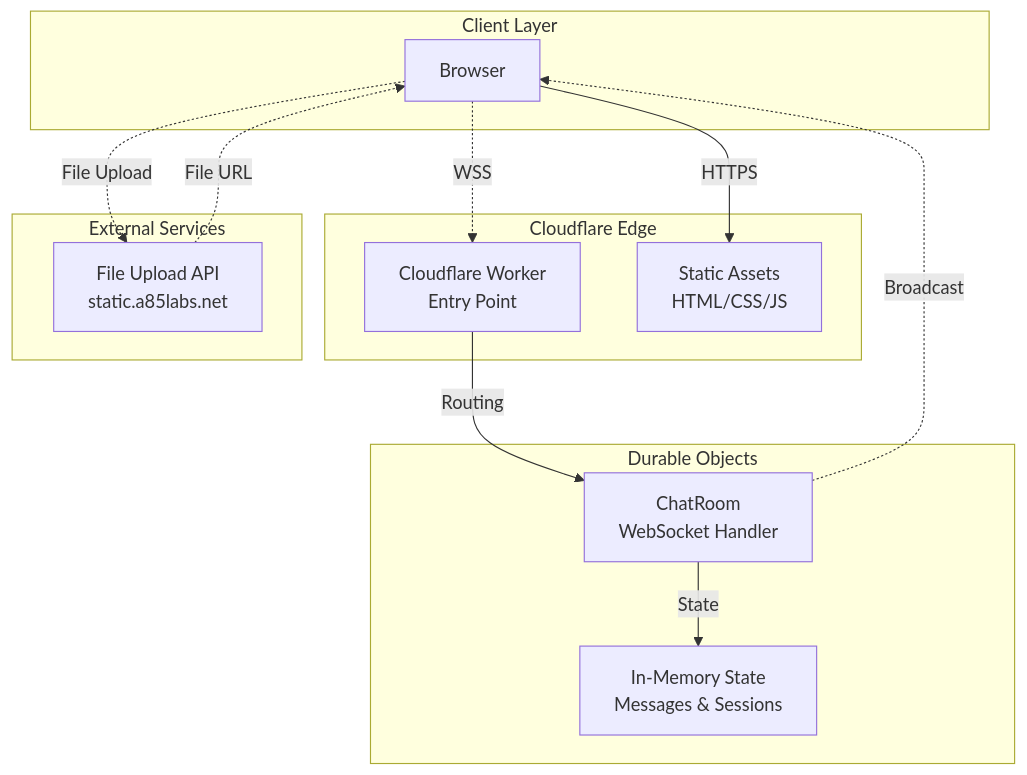
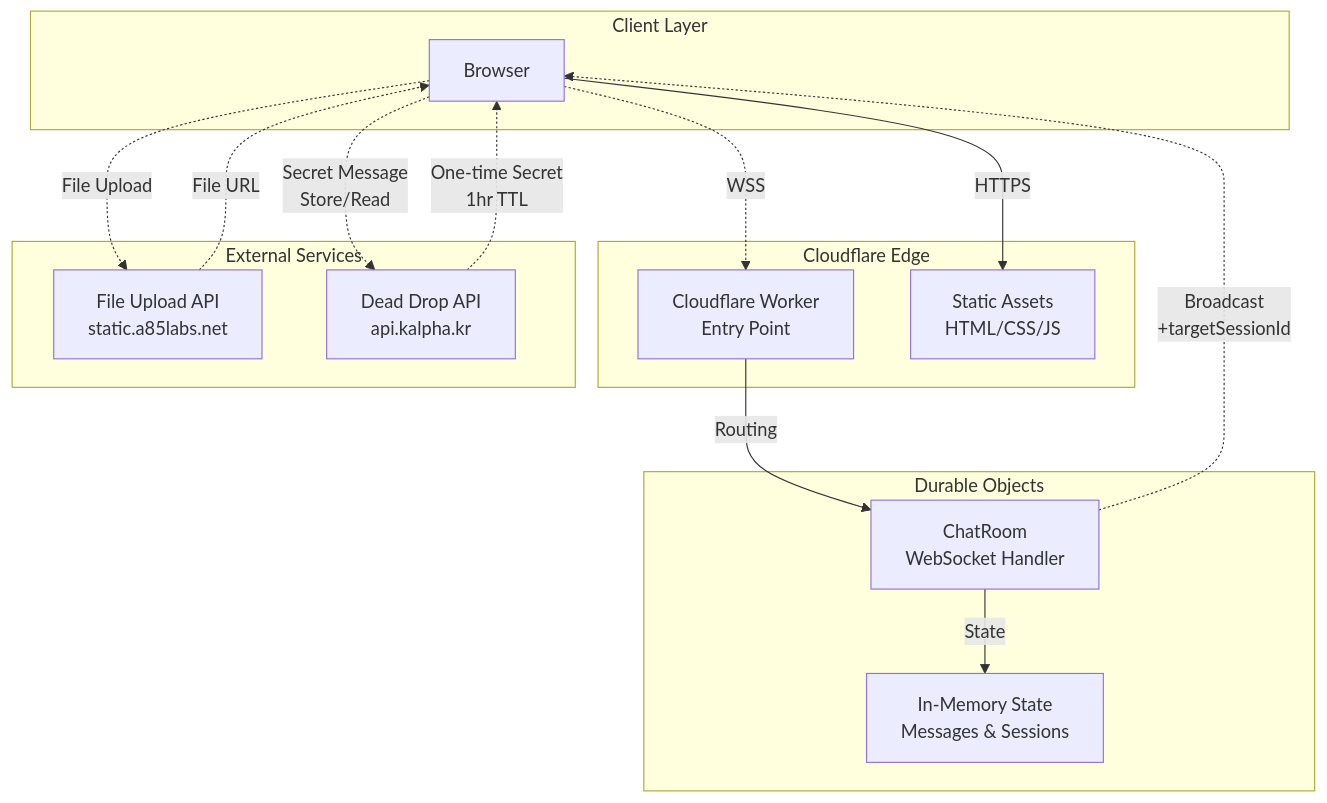
One commit to gguatit/Anonymous_Chat changed the first of 2 diagrams in README.md. Above: the diagram before and after it, drawn with Mermaid. The commit also changed other lines of this file, not shown here.

Commit message:
feat: 비밀 메시지 기능 추가 및 Dead Drop API 통합

````diff
--- a/README.md
+++ b/README.md
@@ -144,28 +153,31 @@
 ```mermaid
 graph TB
     subgraph "Client Layer"
         A[Browser]
     end
     
     subgraph "Cloudflare Edge"
         B[Cloudflare Worker<br/>Entry Point]
         C[Static Assets<br/>HTML/CSS/JS]
     end
     
     subgraph "Durable Objects"
         D[ChatRoom<br/>WebSocket Handler]
         E[In-Memory State<br/>Messages & Sessions]
     end
     
     subgraph "External Services"
         F[File Upload API<br/>static.a85labs.net]
+        G[Dead Drop API<br/>api.kalpha.kr]
     end
     
     A -->|HTTPS| C
     A -.->|WSS| B
     A -.->|File Upload| F
+    A -.->|Secret Message<br/>Store/Read| G
     B -->|Routing| D
     D -->|State| E
-    D -.->|Broadcast| A
+    D -.->|Broadcast<br/>+targetSessionId| A
     F -.->|File URL| A
+    G -.->|One-time Secret<br/>1hr TTL| A
 ```
````
